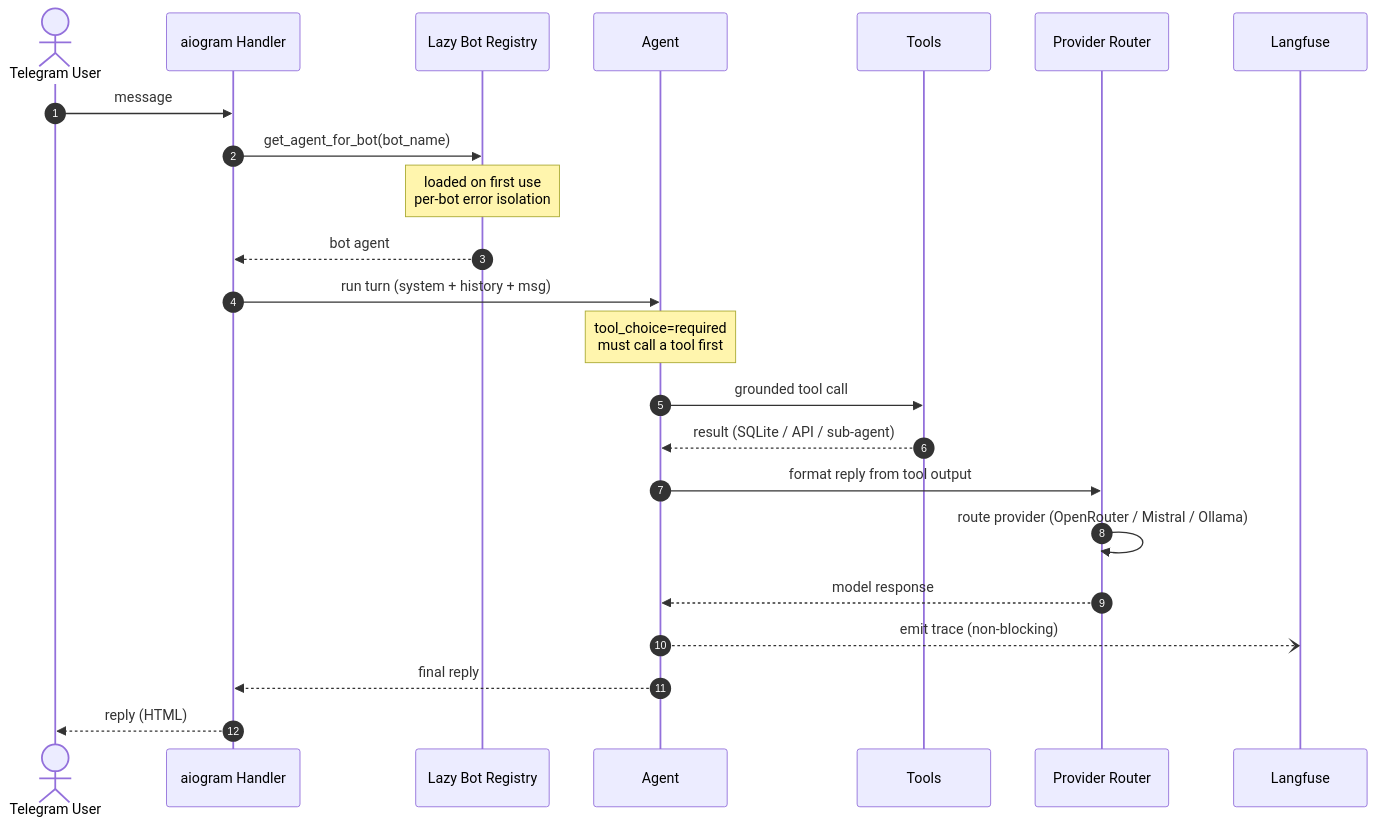
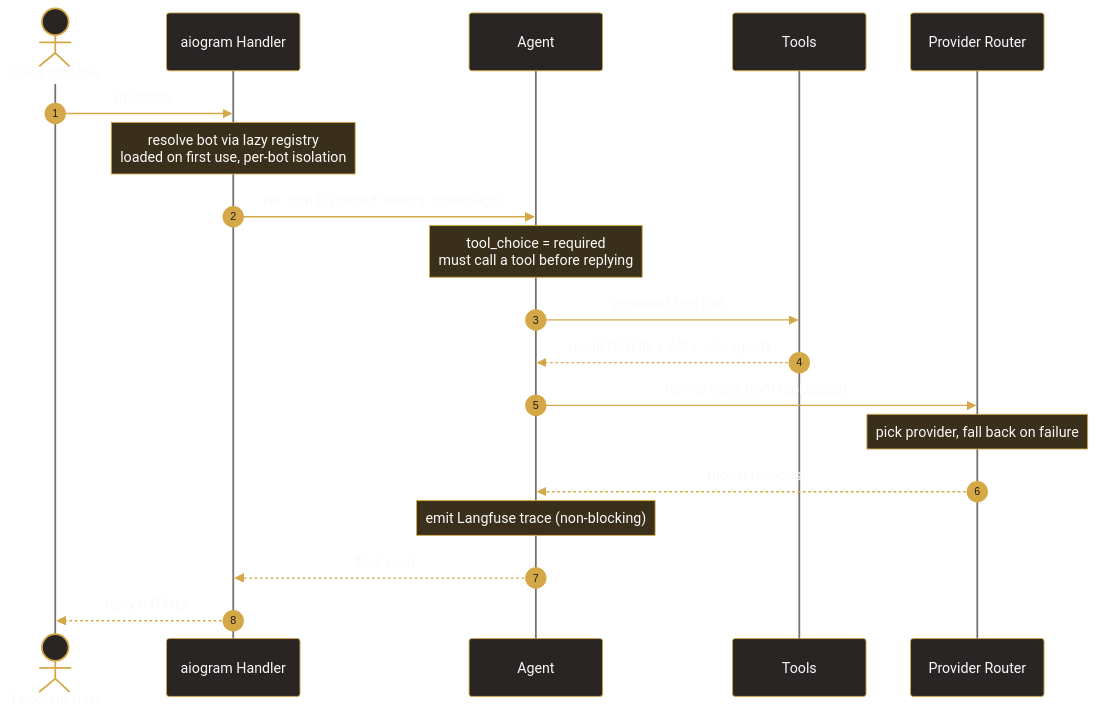
The first of 3 diagrams in README.md (DamianBuilds-ai/meridian), drawn with Mermaid before and after one commit. The commit also changed other lines of this file and 1 other file, not shown here.

First line of the commit message:
docs: rebrand architecture diagrams (stone+gold) and improve readability

````diff
--- a/README.md
+++ b/README.md
@@ -40,25 +40,22 @@
 ```mermaid
+%%{init: {'theme':'base','themeVariables':{'fontSize':'15px','actorBkg':'#292524','actorBorder':'#D4A847','actorTextColor':'#fafaf9','actorLineColor':'#78716c','signalColor':'#D4A847','signalTextColor':'#fafaf9','sequenceNumberColor':'#1c1917','noteBkgColor':'#3a2f1a','noteTextColor':'#fafaf9','noteBorderColor':'#D4A847','activationBorderColor':'#D4A847','activationBkgColor':'#3a3430','labelBoxBkgColor':'#292524','labelBoxBorderColor':'#D4A847','labelTextColor':'#fafaf9'}}}%%
 sequenceDiagram
     autonumber
-    actor User as Telegram User
+    actor U as Telegram User
     participant H as aiogram Handler
-    participant R as Lazy Bot Registry
     participant A as Agent
     participant T as Tools
-    participant M as Provider Router
-    participant L as Langfuse
-    User->>H: message
-    H->>R: get_agent_for_bot(bot_name)
-    Note over R: loaded on first use<br/>per-bot error isolation
-    R-->>H: bot agent
-    H->>A: run turn (system + history + msg)
-    Note over A: tool_choice=required<br/>must call a tool first
+    participant R as Provider Router
+    U->>H: message
+    Note over H: resolve bot via lazy registry<br/>loaded on first use, per-bot isolation
+    H->>A: run turn (system + history + message)
+    Note over A: tool_choice = required<br/>must call a tool before replying
     A->>T: grounded tool call
     T-->>A: result (SQLite / API / sub-agent)
-    A->>M: format reply from tool output
-    M->>M: route provider (OpenRouter / Mistral / Ollama)
-    M-->>A: model response
-    A--)L: emit trace (non-blocking)
+    A->>R: format reply from tool output
+    Note over R: pick provider, fall back on failure
+    R-->>A: model response
+    Note over A: emit Langfuse trace (non-blocking)
     A-->>H: final reply
-    H-->>User: reply (HTML)
+    H-->>U: reply (HTML)
 ```
````
